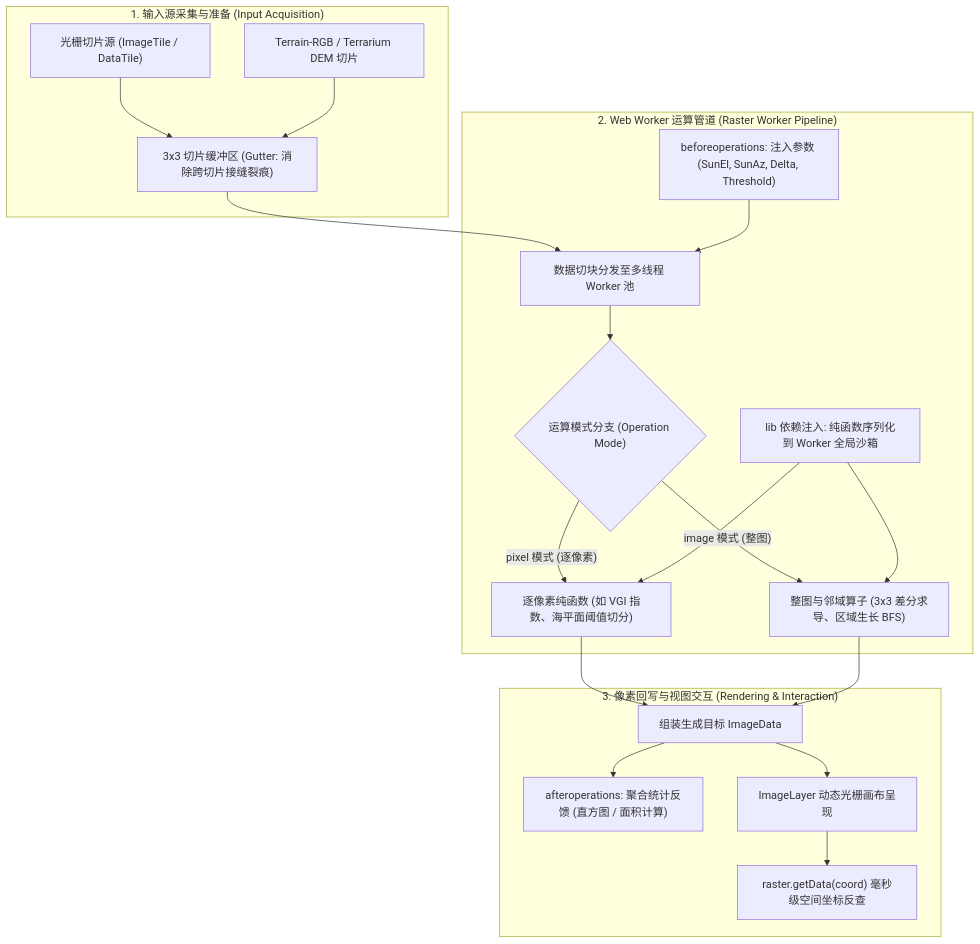
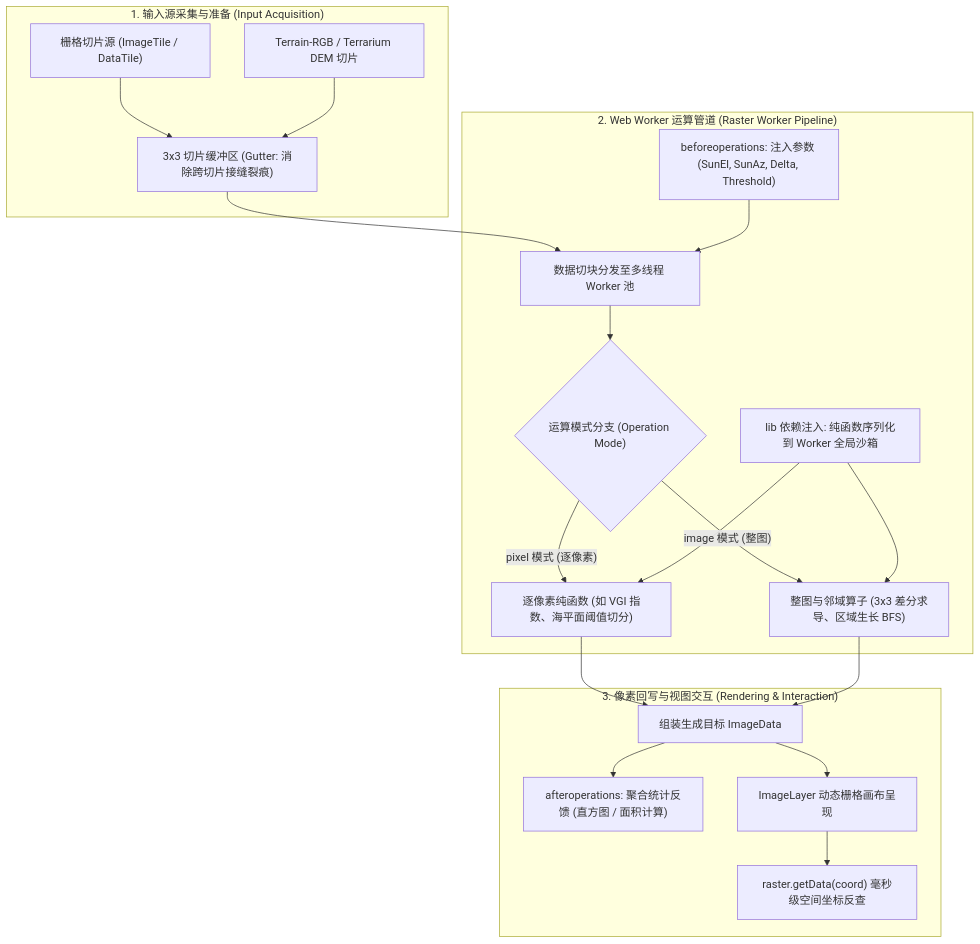
Before and after one commit to gisnotes/openlayers: the first of 2 diagrams in site/summary/openlayers-raster-guide.md, drawn with Mermaid. The commit also changed other lines of this file and 150 other files, not shown here.

````diff
--- a/site/summary/openlayers-raster-guide.md
+++ b/site/summary/openlayers-raster-guide.md
@@ -11,32 +11,32 @@
 ```mermaid
 flowchart TD
     subgraph InputStage["1. 输入源采集与准备 (Input Acquisition)"]
-        TileSource["光栅切片源 (ImageTile / DataTile)"]
+        TileSource["栅格切片源 (ImageTile / DataTile)"]
         DEMSource["Terrain-RGB / Terrarium DEM 切片"]
         TileSource --> BufferGutter["3x3 切片缓冲区 (Gutter: 消除跨切片接缝裂痕)"]
         DEMSource --> BufferGutter
     end
 
     subgraph WorkerPipeline["2. Web Worker 运算管道 (Raster Worker Pipeline)"]
         BeforeOps["beforeoperations: 注入参数 (SunEl, SunAz, Delta, Threshold)"]
         BufferGutter --> Dispatch["数据切块分发至多线程 Worker 池"]
         BeforeOps --> Dispatch
         
         Dispatch --> OpChoice{"运算模式分支 (Operation Mode)"}
         OpChoice -->|"pixel 模式 (逐像素)"| PixelWorker["逐像素纯函数 (如 VGI 指数、海平面阈值切分)"]
         OpChoice -->|"image 模式 (整图)"| ImageWorker["整图与邻域算子 (3x3 差分求导、区域生长 BFS)"]
         
         LibInject["lib 依赖注入: 纯函数序列化到 Worker 全局沙箱"]
         LibInject --> PixelWorker
         LibInject --> ImageWorker
     end
 
     subgraph OutputStage["3. 像素回写与视图交互 (Rendering & Interaction)"]
         AfterOps["afteroperations: 聚合统计反馈 (直方图 / 面积计算)"]
         PixelWorker --> Composite["组装生成目标 ImageData"]
         ImageWorker --> Composite
         Composite --> AfterOps
-        Composite --> ImageLayer["ImageLayer 动态光栅画布呈现"]
+        Composite --> ImageLayer["ImageLayer 动态栅格画布呈现"]
         ImageLayer --> InteractiveProbe["raster.getData(coord) 毫秒级空间坐标反查"]
     end
 ```
````
